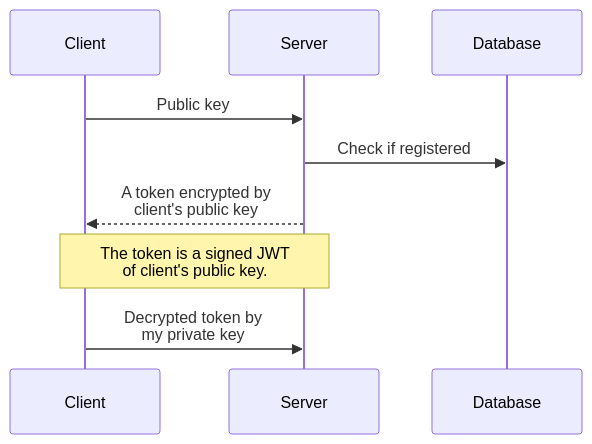
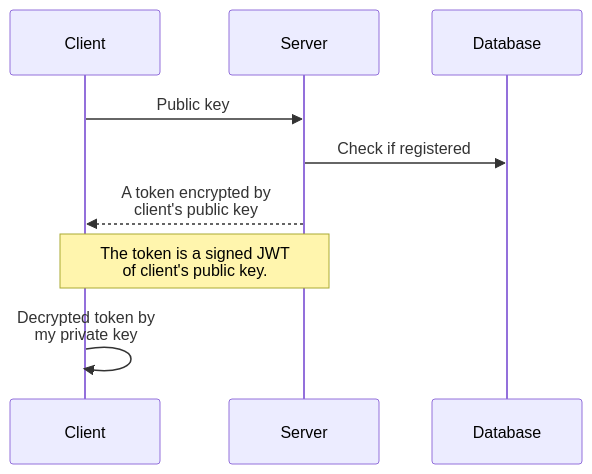
The second of 3 diagrams in README.md (liplum/ChatIsland), drawn with Mermaid before and after one commit. The commit also changed other lines of this file, not shown here.

````diff
--- a/README.md
+++ b/README.md
@@ -28,11 +28,11 @@
 ```mermaid
 sequenceDiagram
     participant Client
     participant Server
     participant Database
     Client->>Server: Public key
     Server->>Database: Check if registered
     Server-->>Client: A token encrypted by <br/> client's public key
     Note over Client, Server: The token is a signed JWT <br/> of client's public key.
-    Client->>Server: Decrypted token by <br/> my private key
+    Client->>Client: Decrypted token by <br/> my private key
 ```
````
